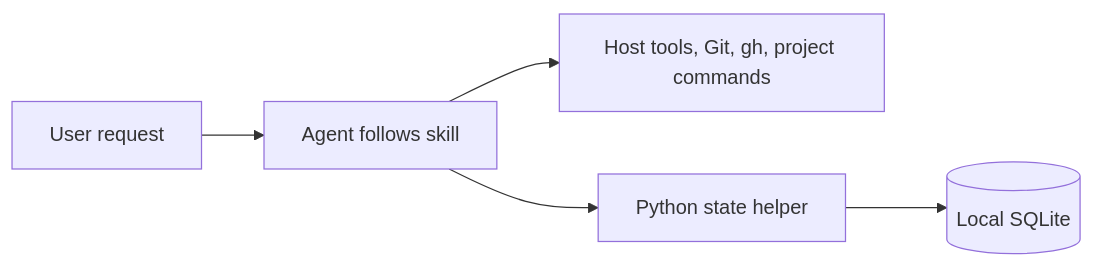
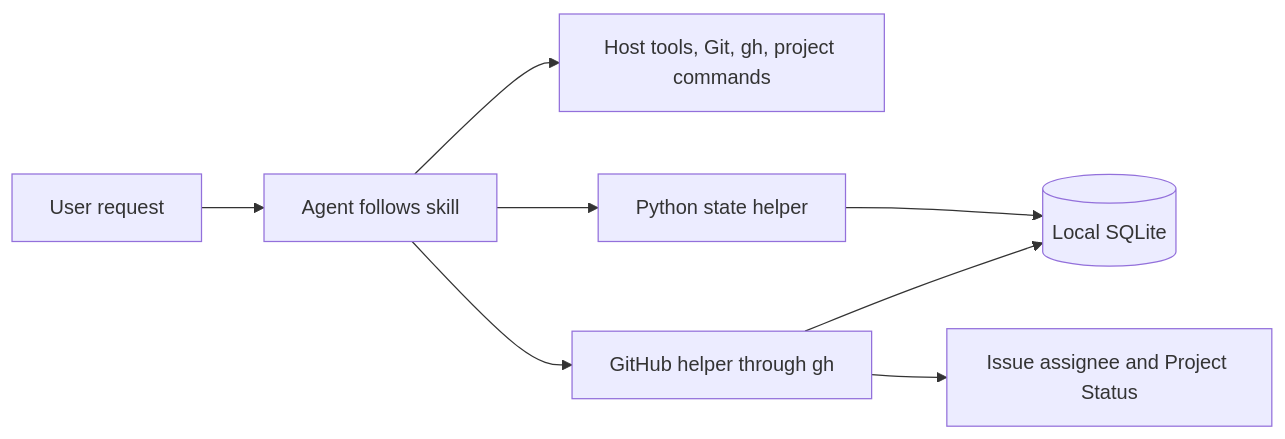
One commit to ebarti/devflow changed the first of 2 diagrams in README.md. Above: the diagram before and after it, drawn with Mermaid. The commit also changed other lines of this file and 13 other files, not shown here.

First line of the commit message:
feat(workflow): track work through GitHub Projects (#31)

````diff
--- a/README.md
+++ b/README.md
@@ -46,7 +46,10 @@
 ```mermaid
 flowchart LR
     User[User request] --> Agent[Agent follows skill]
     Agent --> Tools[Host tools, Git, gh, project commands]
     Agent --> Helper[Python state helper]
     Helper --> DB[(Local SQLite)]
+    Agent --> GitHub[GitHub helper through gh]
+    GitHub --> Issues[Issue assignee and Project Status]
+    GitHub --> DB
 ```
````
